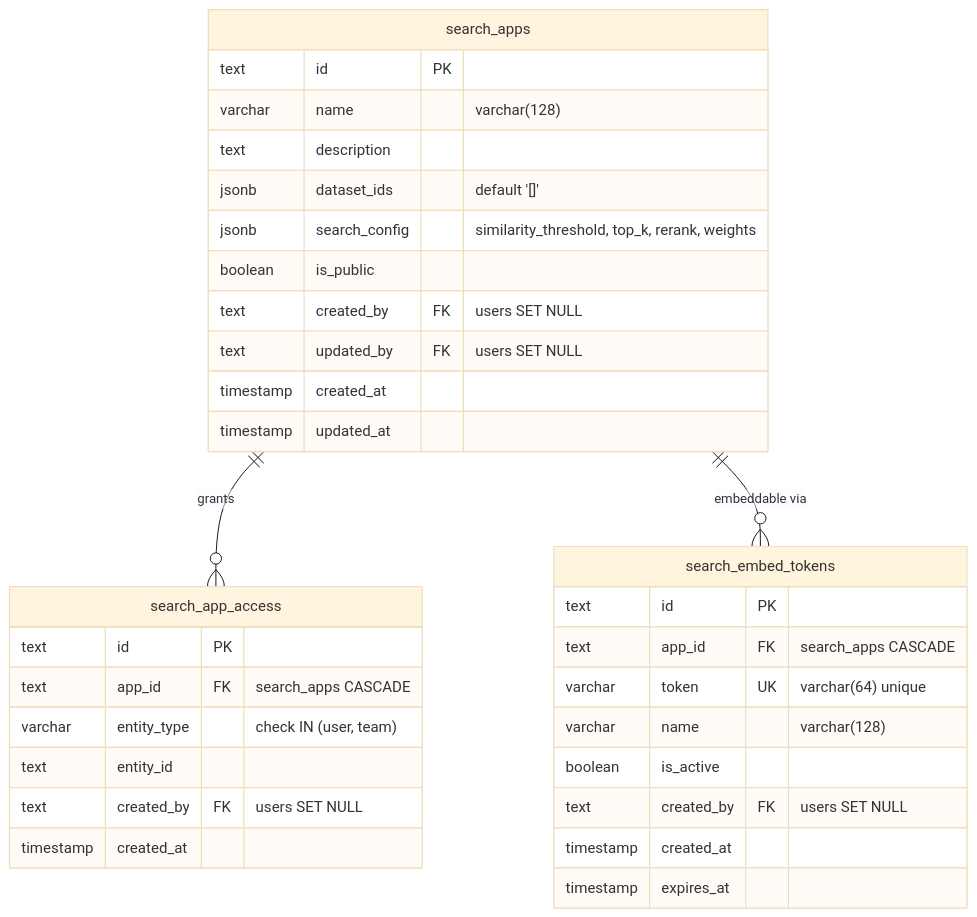
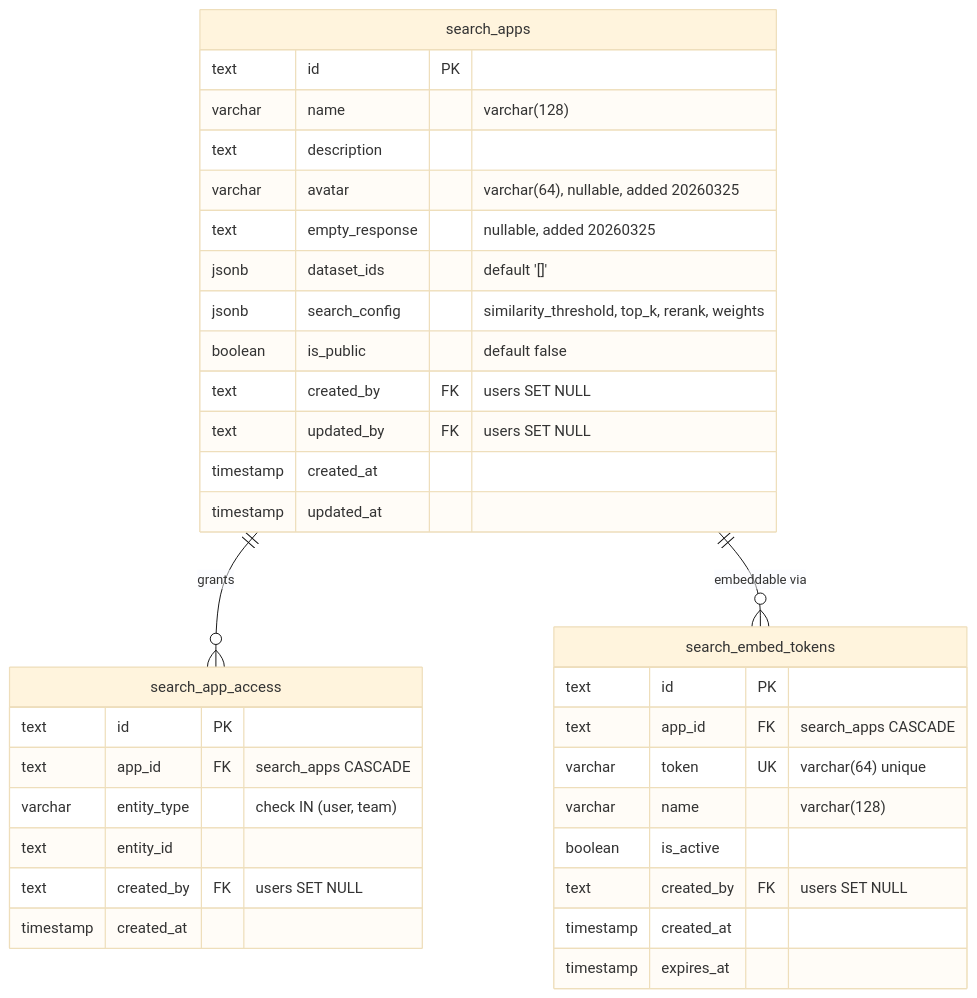
One commit to b-knowledge-solution/b-knowledge changed the second of 4 diagrams in docs/basic-design/database/database-design-chat-search.md. Above: the diagram before and after it, drawn with Mermaid (base theme). The commit also changed other lines of this file and 29 other files, not shown here.

````diff
--- a/docs/basic-design/database/database-design-chat-search.md
+++ b/docs/basic-design/database/database-design-chat-search.md
@@ -89,38 +91,40 @@
 ```mermaid
 erDiagram
     search_apps {
         text id PK
         varchar name "varchar(128)"
         text description
+        varchar avatar "varchar(64), nullable, added 20260325"
+        text empty_response "nullable, added 20260325"
         jsonb dataset_ids "default '[]'"
         jsonb search_config "similarity_threshold, top_k, rerank, weights"
-        boolean is_public
+        boolean is_public "default false"
         text created_by FK "users SET NULL"
         text updated_by FK "users SET NULL"
         timestamp created_at
         timestamp updated_at
     }
 
     search_app_access {
         text id PK
         text app_id FK "search_apps CASCADE"
         varchar entity_type "check IN (user, team)"
         text entity_id
         text created_by FK "users SET NULL"
         timestamp created_at
     }
 
     search_embed_tokens {
         text id PK
         text app_id FK "search_apps CASCADE"
         varchar token UK "varchar(64) unique"
         varchar name "varchar(128)"
         boolean is_active
         text created_by FK "users SET NULL"
         timestamp created_at
         timestamp expires_at
     }
 
     search_apps ||--o{ search_app_access : "grants"
     search_apps ||--o{ search_embed_tokens : "embeddable via"
 ```
````
